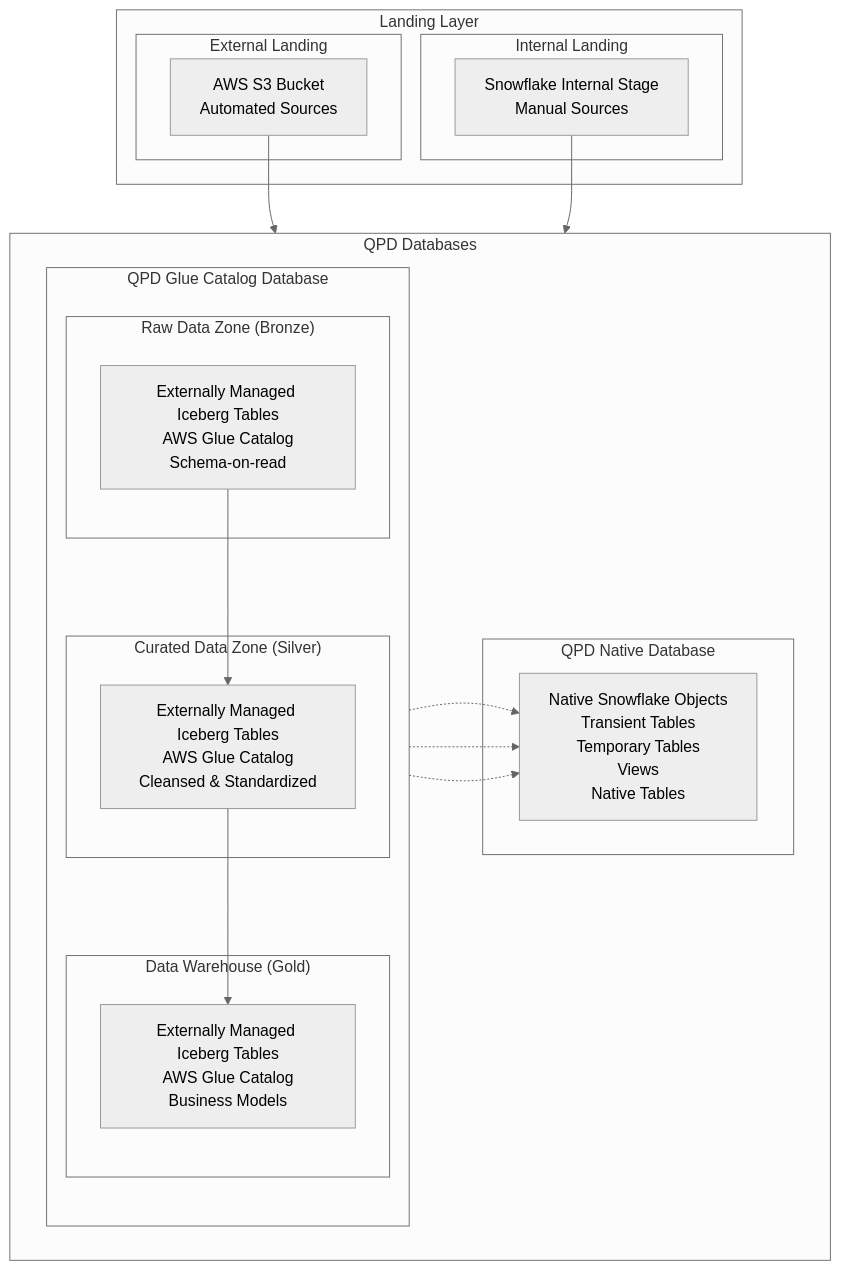
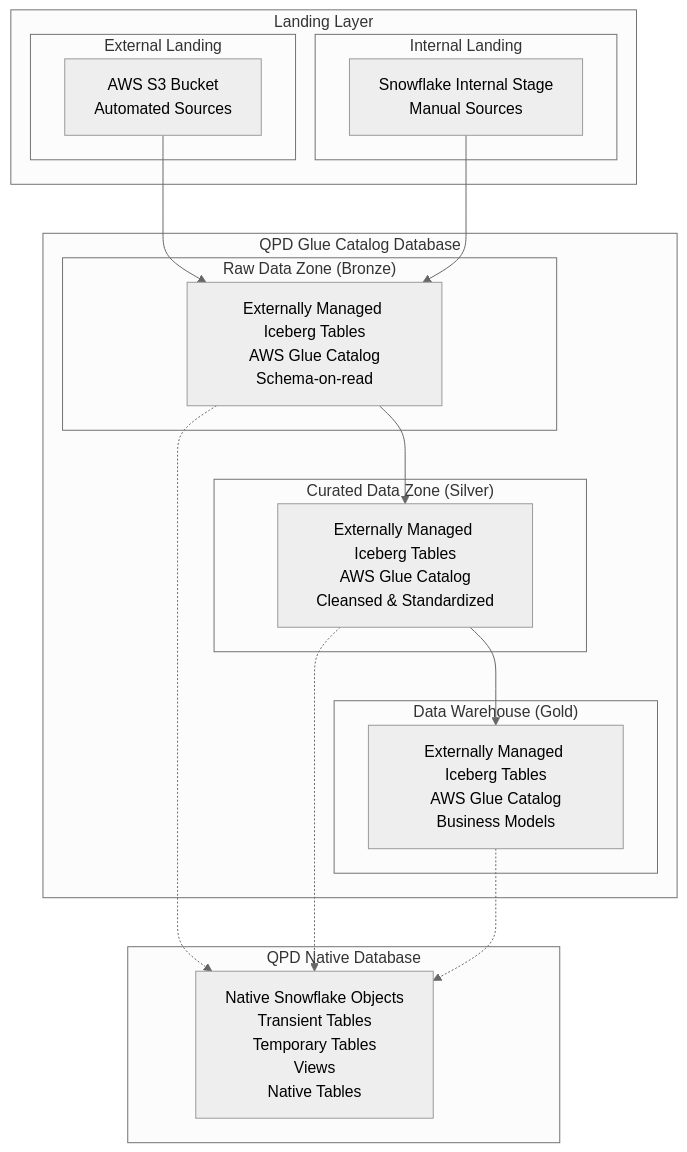
Before and after one commit to sfc-gh-mhindi/REPO_CBA: the third of 23 diagrams in 15-BB-QPD Future State/QPD - Future State.md, drawn with Mermaid (neutral theme).

Commit message:
Update QPD - Future State.md

````diff
--- a/15-BB-QPD Future State/QPD - Future State.md
+++ b/15-BB-QPD Future State/QPD - Future State.md
@@ -314,41 +314,37 @@
 ```mermaid
 graph TB
-    subgraph "Landing Layer"
-        subgraph "External Landing"
+        subgraph "Landing Layer"
+            subgraph "External Landing"
             S3_Ext[AWS S3 Bucket<br/>Automated Sources]
+            end
+            subgraph "Internal Landing"
+                SF_Stage[Snowflake Internal Stage<br/>Manual Sources]
+            end
         end
-        subgraph "Internal Landing"
-            SF_Stage[Snowflake Internal Stage<br/>Manual Sources]
+        
+    subgraph "QPD Glue Catalog Database"
+        subgraph "Raw Data Zone (Bronze)"
+            Bronze[Externally Managed Iceberg Tables<br/>AWS Glue Catalog<br/>Schema-on-read]
+        end
+        
+        subgraph "Curated Data Zone (Silver)"
+            Silver[Externally Managed Iceberg Tables<br/>AWS Glue Catalog<br/>Cleansed & Standardized]
+    end
+    
+        subgraph "Data Warehouse (Gold)"
+            Gold[Externally Managed Iceberg Tables<br/>AWS Glue Catalog<br/>Business Models]
         end
     end
     
-    subgraph Databases["QPD Databases"]
-        direction LR
-        subgraph "QPD Glue Catalog Database"
-            direction TB
-            subgraph "Raw Data Zone (Bronze)"
-                Bronze[Externally Managed Iceberg Tables<br/>AWS Glue Catalog<br/>Schema-on-read]
-            end
-            
-            subgraph "Curated Data Zone (Silver)"
-                Silver[Externally Managed Iceberg Tables<br/>AWS Glue Catalog<br/>Cleansed & Standardized]
-            end
-            
-            subgraph "Data Warehouse (Gold)"
-                Gold[Externally Managed Iceberg Tables<br/>AWS Glue Catalog<br/>Business Models]
-            end
-        end
-        
-        subgraph "QPD Native Database"
-            Native[Native Snowflake Objects<br/>Transient Tables<br/>Temporary Tables<br/>Views<br/>Native Tables]
-        end
+    subgraph "QPD Native Database"
+        Native[Native Snowflake Objects<br/>Transient Tables<br/>Temporary Tables<br/>Views<br/>Native Tables]
     end
     
     S3_Ext --> Bronze
     SF_Stage --> Bronze
     Bronze --> Silver
     Silver --> Gold
     Bronze -.-> Native
     Silver -.-> Native
     Gold -.-> Native
 ```
````
